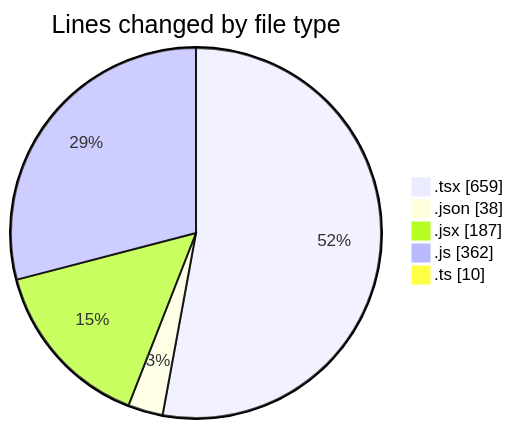
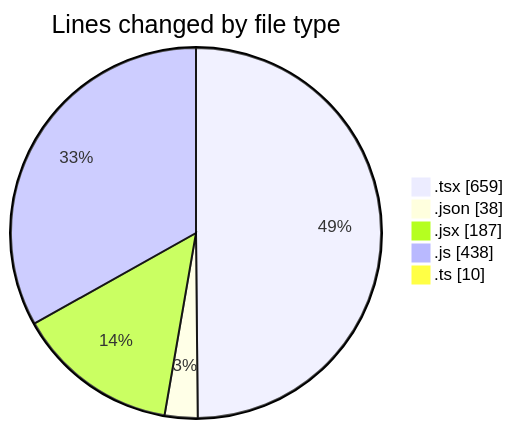
Before and after one commit to Elitesun/code-tracking: the first of 2 diagrams in 2025-05-27/ecom_store/README.md, drawn with Mermaid. The commit also changed other lines of this file and 1 other file, not shown here.

````diff
--- a/2025-05-27/ecom_store/README.md
+++ b/2025-05-27/ecom_store/README.md
@@ -32,9 +32,9 @@
 ```mermaid
 pie showData
 title Lines changed by file type
 ".tsx" : 659
 ".json" : 38
 ".jsx" : 187
-".js" : 362
+".js" : 438
 ".ts" : 10
 ```
````
